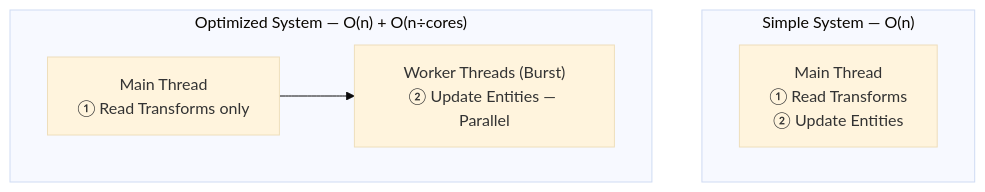
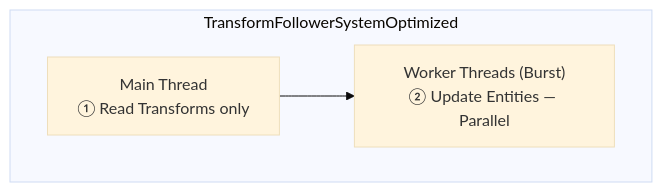
The fifth of 6 diagrams in Assets/_App/Escape Mountain/TransformFollower/Documentation/ARCHITECTURE.md (octopus8/BlueDesertFox), drawn with Mermaid (base theme) before and after one commit. The commit also changed other lines of this file and 22 other files, not shown here.

Commit message:
Removed old TransformFollowerSystem. Fixed warnings in console at start.

````diff
--- a/Assets/_App/Escape Mountain/TransformFollower/Documentation/ARCHITECTURE.md
+++ b/Assets/_App/Escape Mountain/TransformFollower/Documentation/ARCHITECTURE.md
@@ -125,11 +108,8 @@
 ```mermaid
 flowchart TD
-    subgraph SIMPLE["Simple System — O(n)"]
-        MT1["Main Thread\n① Read Transforms\n② Update Entities"]
-    end
-    subgraph OPT["Optimized System — O(n) + O(n÷cores)"]
+    subgraph OPT["TransformFollowerSystemOptimized"]
         MT2["Main Thread\n① Read Transforms only"]
         WT["Worker Threads (Burst)\n② Update Entities — Parallel"]
         MT2 --> WT
     end
 ```
````
